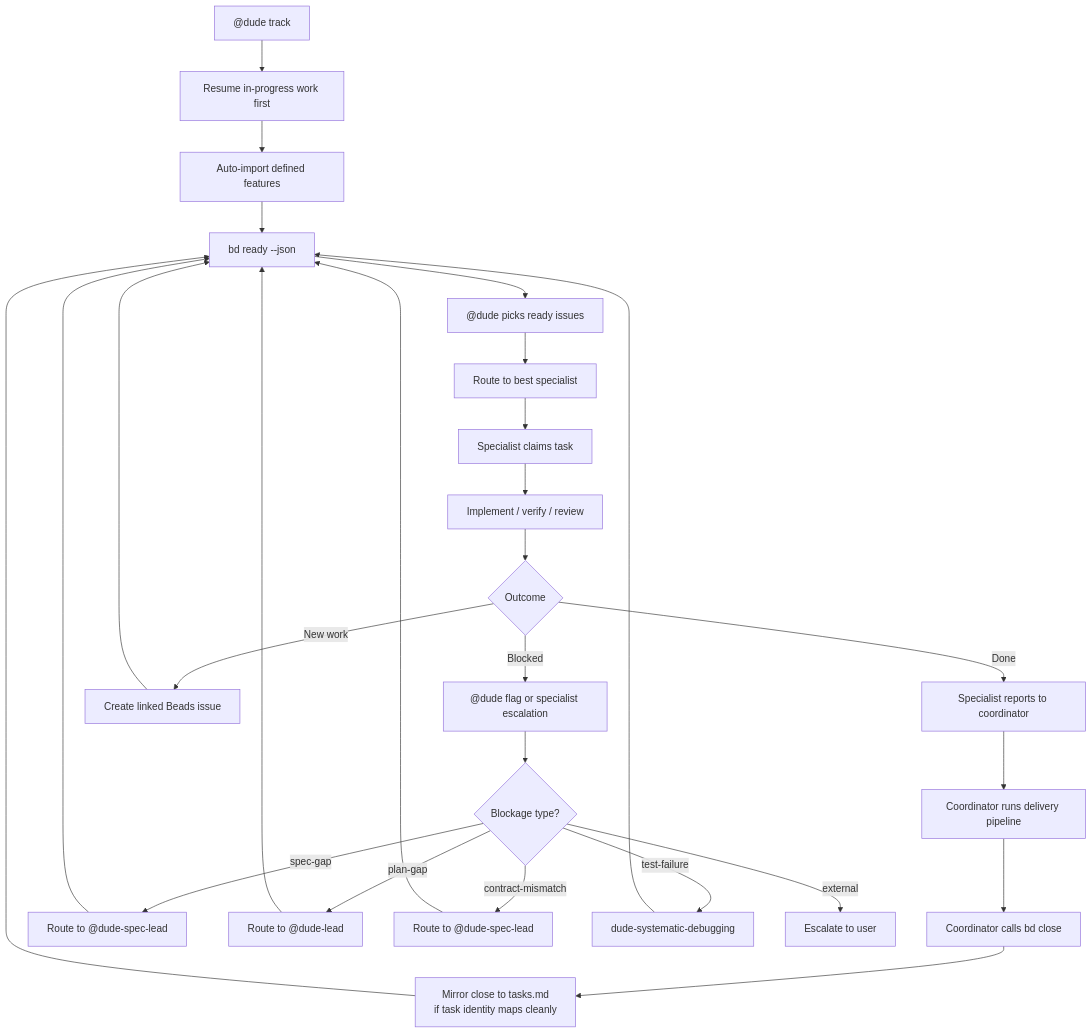
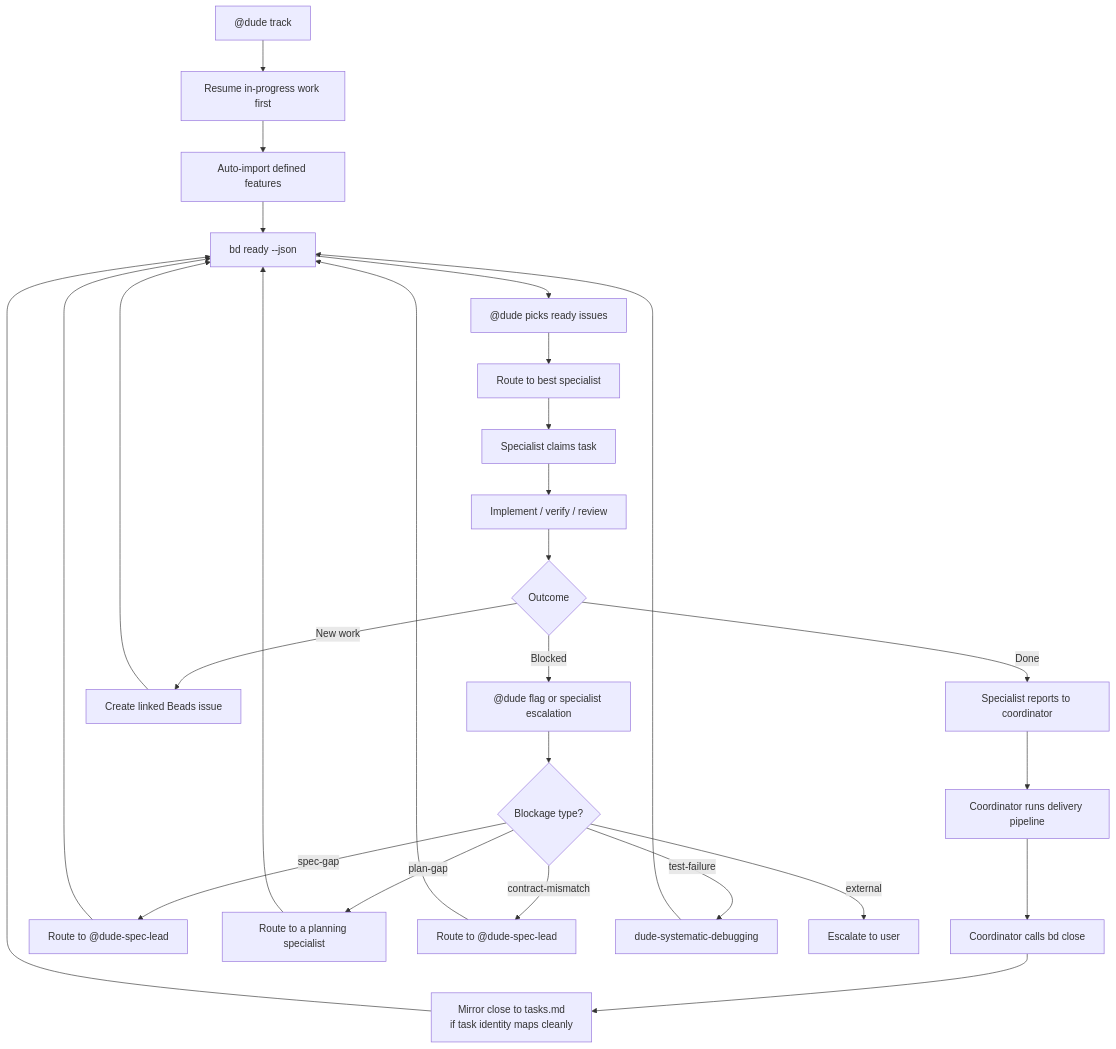
The second of 3 diagrams in docs/reference.md (E-G-C/dude), drawn with Mermaid before and after one commit. The commit also changed other lines of this file and 18 other files, not shown here.

First line of the commit message:
docs: rename Dude Coder -> Dude; update roster docs/diagrams for generic core

````diff
--- a/docs/reference.md
+++ b/docs/reference.md
@@ -175,29 +175,29 @@
 ```mermaid
 flowchart TD
     START["@dude track"] --> RESUME["Resume in-progress work first"]
     RESUME --> IMPORT["Auto-import defined features"]
     IMPORT --> READY["bd ready --json"]
     READY --> PICK["@dude picks ready issues"]
     PICK --> ROUTE["Route to best specialist"]
     ROUTE --> CLAIM["Specialist claims task"]
     CLAIM --> WORK["Implement / verify / review"]
     WORK --> RESULT{"Outcome"}
     RESULT -->|Done| REPORT["Specialist reports to coordinator"]
     RESULT -->|Blocked| FLAG["@dude flag or specialist escalation"]
     RESULT -->|New work| NEW["Create linked Beads issue"]
     REPORT --> PIPELINE["Coordinator runs delivery pipeline"]
     PIPELINE --> CLOSE["Coordinator calls bd close"]
     CLOSE --> MIRROR["Mirror close to tasks.md\nif task identity maps cleanly"]
     FLAG --> ESCALATE{"Blockage type?"}
     ESCALATE -->|spec-gap| SPECFIX["Route to @dude-spec-lead"]
-    ESCALATE -->|plan-gap| LEADFIX["Route to @dude-lead"]
+    ESCALATE -->|plan-gap| LEADFIX["Route to a planning specialist"]
     ESCALATE -->|contract-mismatch| CONTRACT["Route to @dude-spec-lead"]
     ESCALATE -->|test-failure| DEBUG["dude-systematic-debugging"]
     ESCALATE -->|external| USER["Escalate to user"]
     SPECFIX --> READY
     LEADFIX --> READY
     CONTRACT --> READY
     DEBUG --> READY
     MIRROR --> READY
     NEW --> READY
 ```
````
